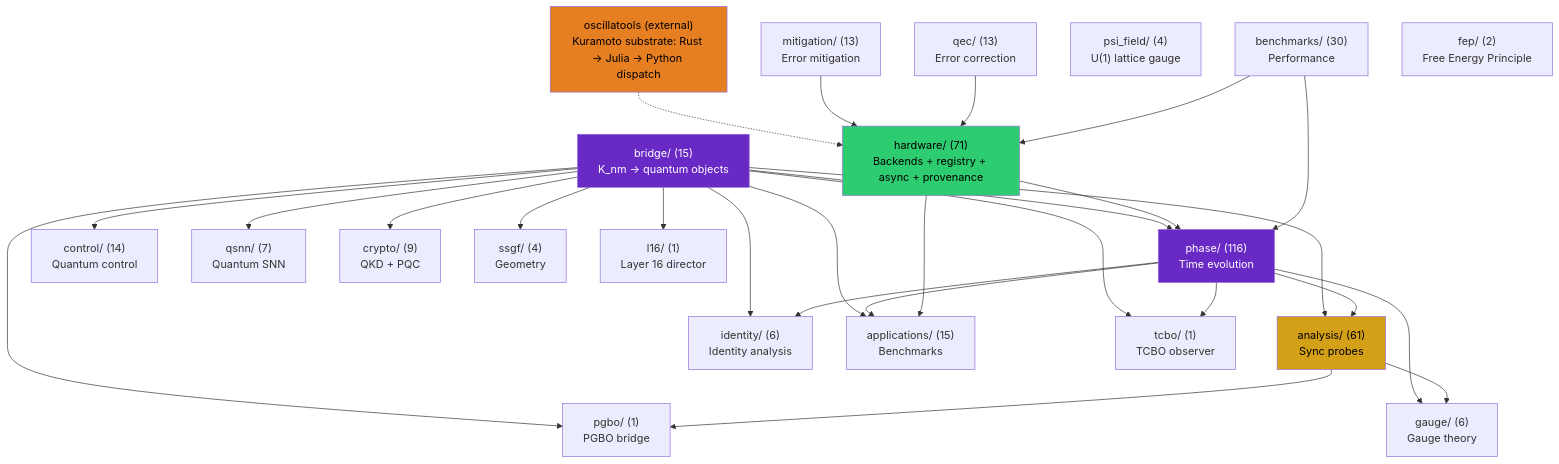
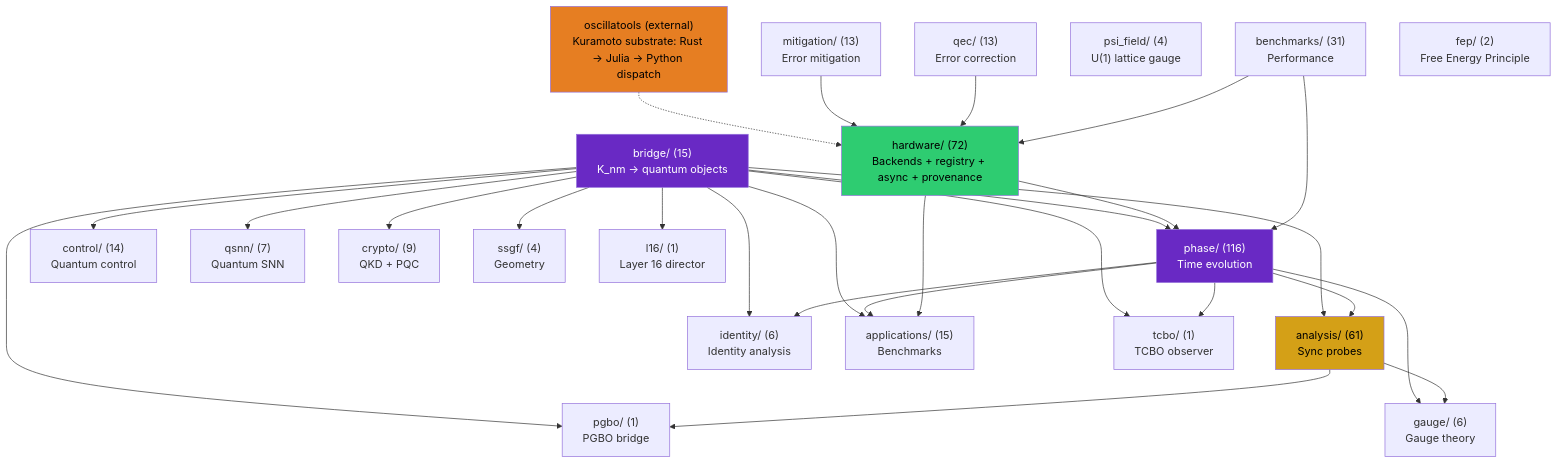
One commit to anulum/scpn-quantum-control changed the first of 4 diagrams in docs/architecture.md. Above: the diagram before and after it, drawn with Mermaid. The commit also changed other lines of this file and 17 other files, not shown here.

````diff
--- a/docs/architecture.md
+++ b/docs/architecture.md
@@ -362,55 +362,55 @@
 ```mermaid
 graph TD
     bridge["bridge/ (15)\nK_nm → quantum objects"]
     phase["phase/ (116)\nTime evolution"]
     analysis["analysis/ (61)\nSync probes"]
     control["control/ (14)\nQuantum control"]
     qsnn["qsnn/ (7)\nQuantum SNN"]
     identity["identity/ (6)\nIdentity analysis"]
-    hardware["hardware/ (71)\nBackends + registry + async + provenance"]
+    hardware["hardware/ (72)\nBackends + registry + async + provenance"]
     mitigation["mitigation/ (13)\nError mitigation"]
     qec["qec/ (13)\nError correction"]
     gauge["gauge/ (6)\nGauge theory"]
     apps["applications/ (15)\nBenchmarks"]
     crypto["crypto/ (9)\nQKD + PQC"]
-    benchmarks["benchmarks/ (30)\nPerformance"]
+    benchmarks["benchmarks/ (31)\nPerformance"]
     ssgf["ssgf/ (4)\nGeometry"]
     psi_field["psi_field/ (4)\nU(1) lattice gauge"]
     oscillatools["oscillatools (external)\nKuramoto substrate: Rust → Julia → Python dispatch"]
     fep["fep/ (2)\nFree Energy Principle"]
     tcbo["tcbo/ (1)\nTCBO observer"]
     pgbo["pgbo/ (1)\nPGBO bridge"]
     l16["l16/ (1)\nLayer 16 director"]
 
     bridge --> phase
     bridge --> analysis
     bridge --> control
     bridge --> qsnn
     bridge --> identity
     bridge --> apps
     bridge --> crypto
     bridge --> ssgf
     phase --> analysis
     phase --> identity
     phase --> apps
     phase --> gauge
     analysis --> gauge
     hardware --> phase
     hardware --> apps
     oscillatools -.-> hardware
     mitigation --> hardware
     qec --> hardware
     benchmarks --> phase
     benchmarks --> hardware
     bridge --> tcbo
     bridge --> pgbo
     bridge --> l16
     phase --> tcbo
     analysis --> pgbo
 
     style bridge fill:#6929C4,color:#fff
     style analysis fill:#d4a017,color:#000
     style phase fill:#6929C4,color:#fff
     style hardware fill:#2ecc71,color:#000
     style oscillatools fill:#e67e22,color:#000
 ```
````
